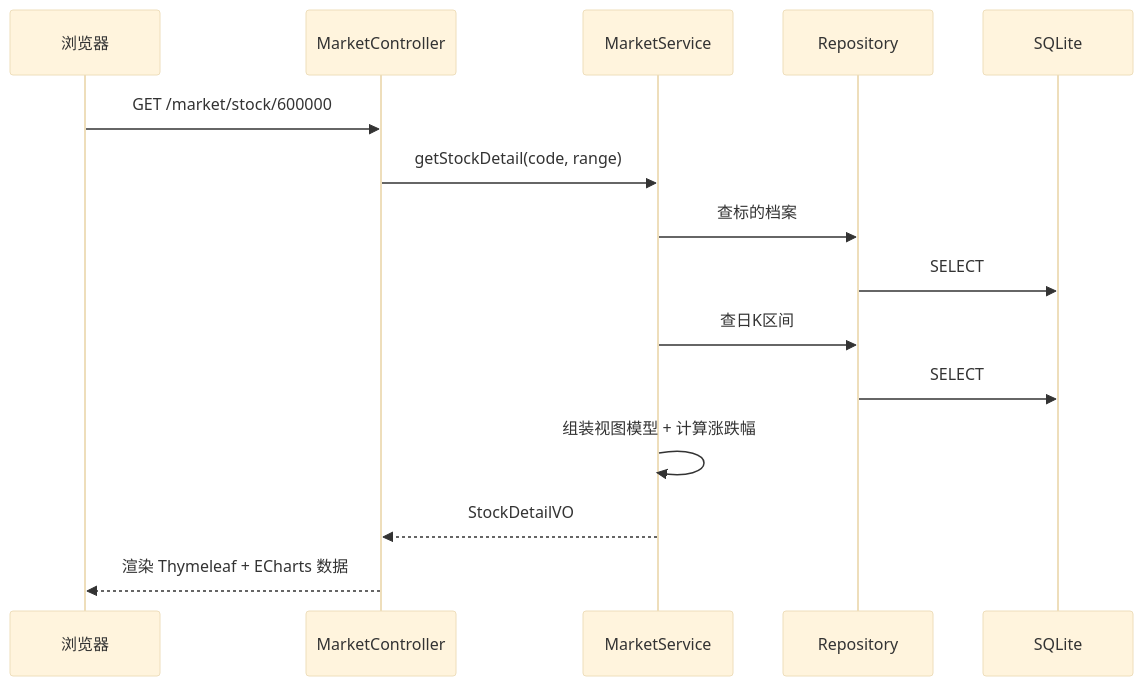
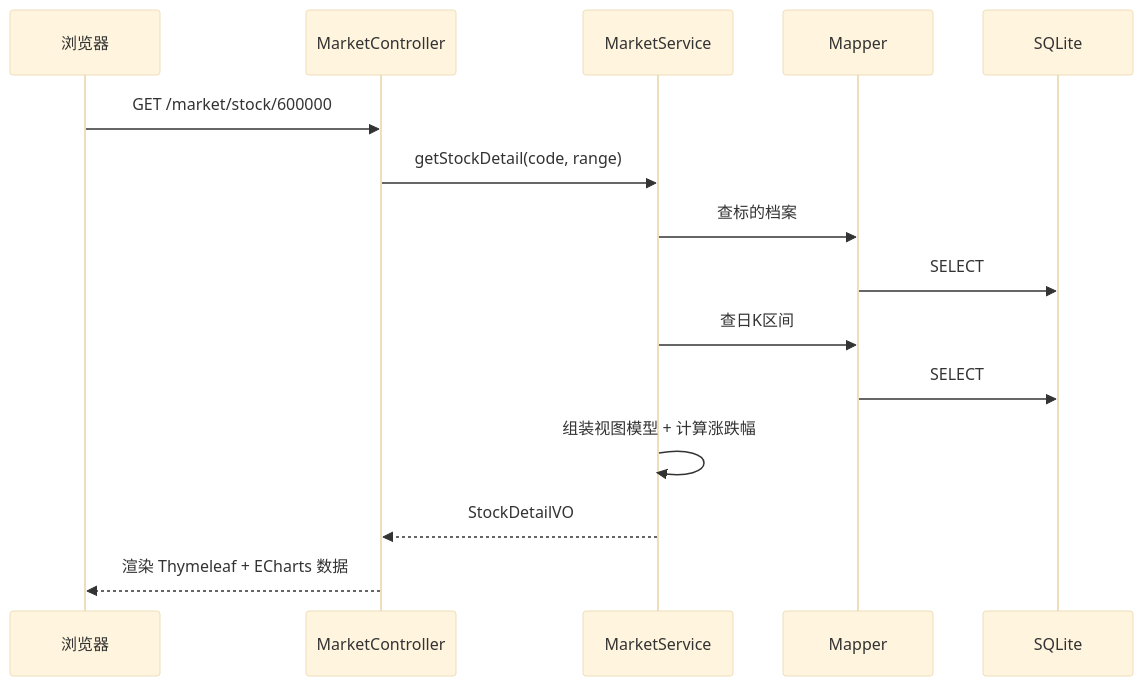
The third of 3 diagrams in docs/ARCHITECTURE.md (haaasakim/financeAgent-solo), drawn with Mermaid (base theme) before and after one commit. The commit also changed other lines of this file and 7 other files, not shown here.

````diff
--- a/docs/ARCHITECTURE.md
+++ b/docs/ARCHITECTURE.md
@@ -143,18 +146,18 @@
 ```mermaid
 sequenceDiagram
     participant U as 浏览器
     participant C as MarketController
     participant S as MarketService
-    participant R as Repository
+    participant R as Mapper
     participant D as SQLite
 
     U->>C: GET /market/stock/600000
     C->>S: getStockDetail(code, range)
     S->>R: 查标的档案
     R->>D: SELECT
     S->>R: 查日K区间
     R->>D: SELECT
     S->>S: 组装视图模型 + 计算涨跌幅
     S-->>C: StockDetailVO
     C-->>U: 渲染 Thymeleaf + ECharts 数据
 ```
````
